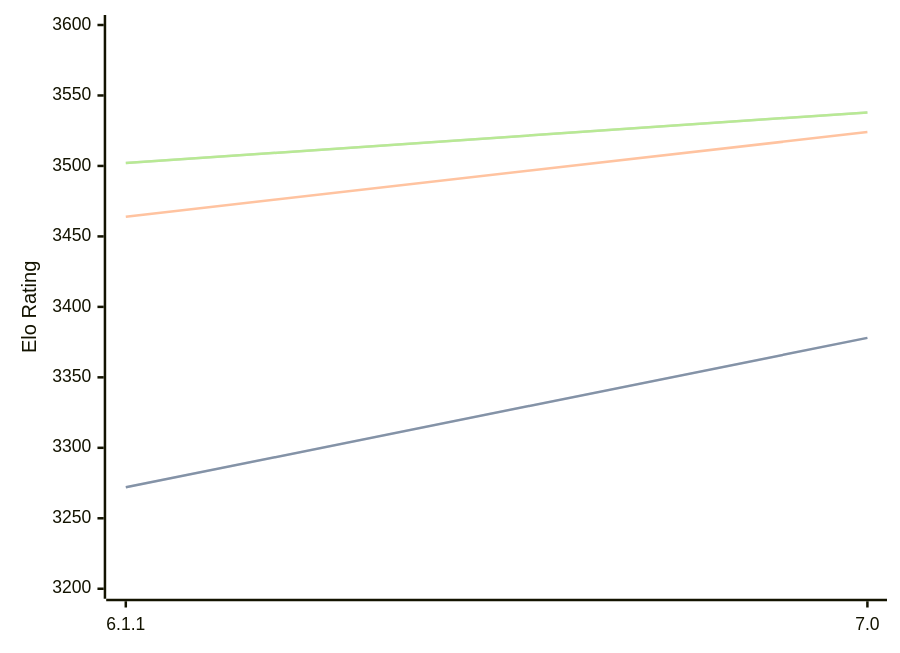
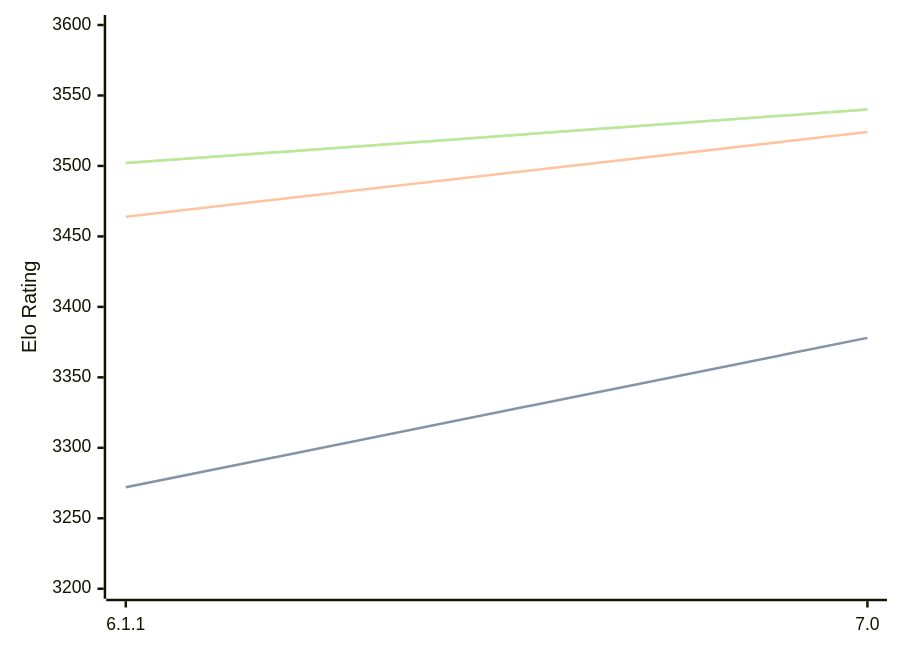
One commit to computer-chess-index/cci changed the diagram in engines/Astra.md. Above: the diagram before and after it, drawn with Mermaid. The commit also changed other lines of this file, not shown here.

Commit message:
Update CCI Ratings (ELO VLTC) - 2026-07-30

````diff
--- a/engines/Astra.md
+++ b/engines/Astra.md
@@ -44,11 +44,11 @@
 ```mermaid
 %%{init: {"theme":"base","themeVariables":{"seriesColors:['#a3a3a3','#222221','#faa371']}}}%%
 xychart-beta
   x-axis ["6.1.1", "7.0"]
   y-axis "Elo Rating" 3200 --> 3600
   line "STC (8.0+0.08s)" [3272, 3378]
   line "STC (8.0+0.08s)" [3272, 3378]
   line "LTC (60.0+0.60s)" [3464, 3524]
-  line "VLTC (2m24s+1.12s)" [3502, 3538]
-  line "VLTC (2m24s+1.12s)" [3502, 3538]
+  line "VLTC (2m24s+1.12s)" [3502, 3540]
+  line "VLTC (2m24s+1.12s)" [3502, 3540]
 ```
````
